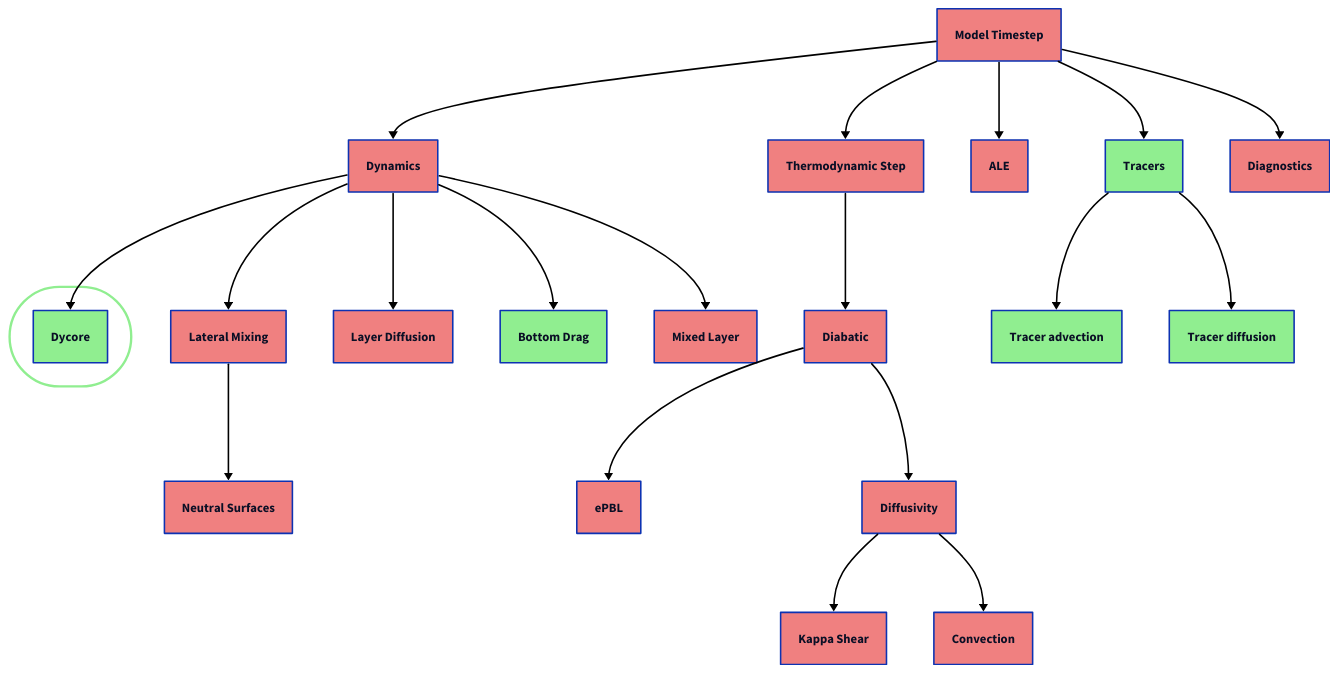
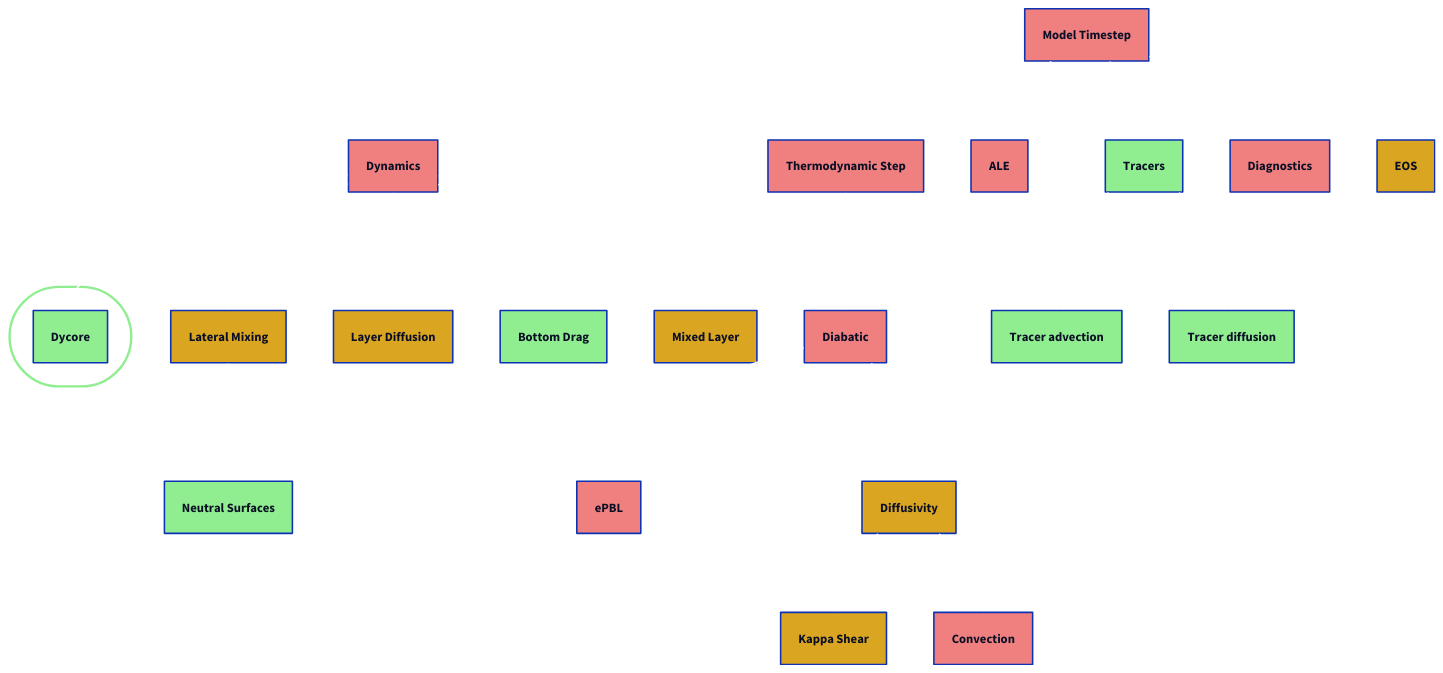
The diagram in d2/mom6code.d2 (marshallward/nrl2026), drawn with D2 before and after one commit. The commit also changed 3 other files, not shown here.

```diff
--- a/d2/mom6code.d2
+++ b/d2/mom6code.d2
@@ -1,186 +1,196 @@
 style.fill: transparent
 
 step_mom: {
     label: Model Timestep
     style.fill: lightcoral
 }
 
 step_mom -> step_mom_dynamics {
-    style.stroke: black
+    style.stroke: white
 }
 step_mom -> step_mom_thermo {
-    style.stroke: black
+    style.stroke: white
 }
 step_mom -> ale_regridding_and_remapping {
-    style.stroke: black
+    style.stroke: white
 }
 step_mom -> step_mom_tracer_dyn {
-    style.stroke: black
+    style.stroke: white
 }
 step_mom -> calculate_diagnostic_fields {
-    style.stroke: black
+    style.stroke: white
+}
+step_mom -> eqn_of_state {
+    style.stroke: white
 }
 
 # Dynamics
 
 step_mom_dynamics: {
     label: Dynamics
     style.fill: lightcoral
 }
 
 step_mom_dynamics -> dycore.step_mom_dyn_split_RK2 {
-    style.stroke: black
+    style.stroke: white
 }
 step_mom_dynamics -> calc_slope_functions {
-    style.stroke: black
+    style.stroke: white
 }
 step_mom_dynamics -> thickness_diffuse {
-    style.stroke: black
+    style.stroke: white
 }
 step_mom_dynamics -> set_viscous_BBL {
-    style.stroke: black
+    style.stroke: white
 }
 step_mom_dynamics -> mixedlayer_restrat {
-    style.stroke: black
+    style.stroke: white
 }
 
 
 # Dycore
 
 dycore: {
   label: ""
   style.fill: transparent
   style.stroke: lightgreen
   style.stroke-width: 3
   style.border-radius: 999
 
   step_mom_dyn_split_RK2: {
       label: Dycore
       style.fill: lightgreen
   }
 }
 
 
 # Lateral mixing coefficients
 
 calc_slope_functions: {
     label: Lateral Mixing
-    style.fill: lightcoral
+    style.fill: goldenrod
 }
 
 thickness_diffuse: {
     label: Layer Diffusion
-    style.fill: lightcoral
+    style.fill: goldenrod
 }
 
 set_viscous_BBL: {
     label: Bottom Drag
     style.fill: lightgreen
 }
 
 mixedlayer_restrat: {
     label: Mixed Layer
-    style.fill: lightcoral
+    style.fill: goldenrod
 }
 
 
 calc_slope_functions -> calc_isoneutral_slopes {
-    style.stroke: black
+    style.stroke: white
 }
 #calc_slope_functions -> valc_visbeck_coeffs_old
 
 calc_isoneutral_slopes: {
     label: Neutral Surfaces
-    style.fill: lightcoral
+    style.fill: lightgreen
 }
 
 
 # Thermo
 
 step_mom_thermo: {
     label: Thermodynamic Step
     style.fill: lightcoral
 }
 
 step_mom_thermo -> diabatic {
-    style.stroke: black
+    style.stroke: white
 }
 diabatic -> energetic_pbl {
-    style.stroke: black
+    style.stroke: white
 }
 diabatic -> set_diffusivity {
-    style.stroke: black
+    style.stroke: white
 }
 #diabatic -> applyboundaryfluxesinout
 
 diabatic: {
     label: Diabatic
     style.fill: lightcoral
 }
 
 energetic_pbl: {
     label: ePBL
     style.fill: lightcoral
 }
 
 set_diffusivity: {
     label: Diffusivity
-    style.fill: lightcoral
+    style.fill: goldenrod
 }
 
 set_diffusivity -> kappa_shear_vertex {
-    style.stroke: black
+    style.stroke: white
 }
 set_diffusivity -> full_convection {
-    style.stroke: black
+    style.stroke: white
 }
 
 kappa_shear_vertex: {
     label: Kappa Shear
-    style.fill: lightcoral
+    style.fill: goldenrod
 }
 
 full_convection: {
     label: Convection
     style.fill: lightcoral
 }
 
 
 # ALE
 
 ale_regridding_and_remapping: {
     label: ALE
     style.fill: lightcoral
 }
 
 # Tracers
 
 step_mom_tracer_dyn: {
     label: Tracers
     style.fill: lightgreen
 }
 
 step_mom_tracer_dyn -> tracer_advect {
-    style.stroke: black
+    style.stroke: white
 }
 step_mom_tracer_dyn -> tracer_hordiff {
-    style.stroke: black
+    style.stroke: white
 }
 #step_mom_tracer_dyn -> tracer_vertdiff
 
 tracer_advect: {
     label: Tracer advection
     style.fill: lightgreen
 }
 
 tracer_hordiff: {
     label: Tracer diffusion
     style.fill: lightgreen
 }
 
 # Diagnostics
 
 calculate_diagnostic_fields: {
     label: Diagnostics
     style.fill: lightcoral
 }
+
+# Unassociated
+
+eqn_of_state: {
+    label: EOS
+    style.fill: goldenrod
+}
```
